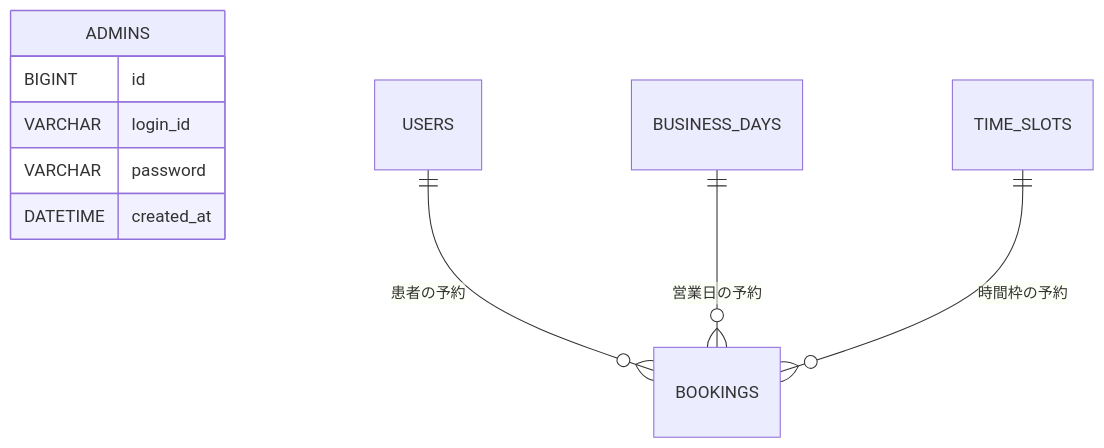
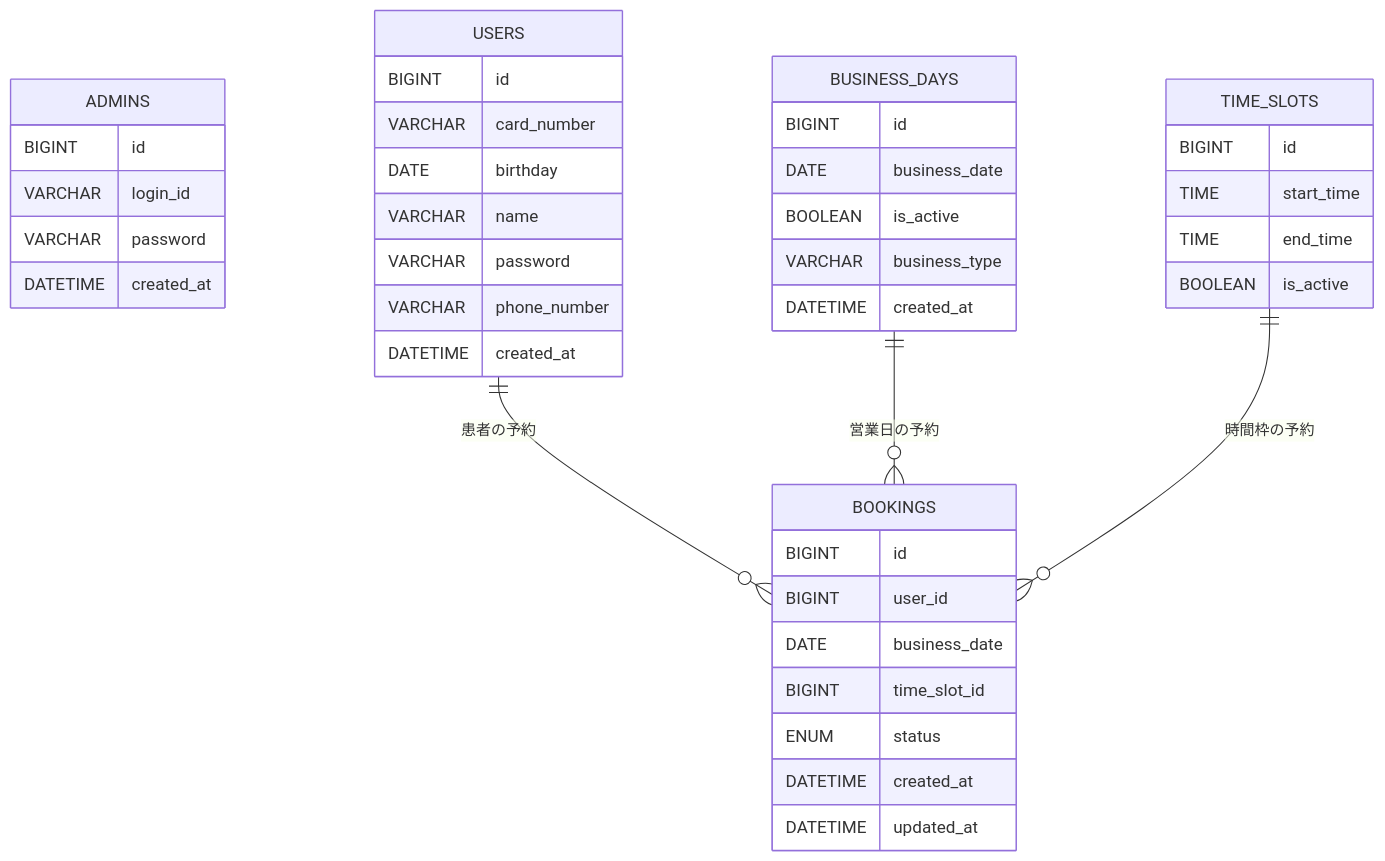
The diagram in README.md (yshtis/ClinicAppointmentSystem), drawn with Mermaid before and after one commit.

Commit message:
Update README.md
ER図のカラムを追記

````diff
--- a/README.md
+++ b/README.md
@@ -88,12 +88,44 @@
 ```mermaid
 erDiagram
     ADMINS {
         BIGINT id
         VARCHAR login_id
         VARCHAR password
         DATETIME created_at
     }
+    USERS {
+        BIGINT id
+        VARCHAR card_number
+        DATE birthday
+        VARCHAR name
+        VARCHAR password
+        VARCHAR phone_number
+        DATETIME created_at
+    }
+    BUSINESS_DAYS {
+        BIGINT id
+        DATE business_date
+        BOOLEAN is_active
+        VARCHAR business_type
+        DATETIME created_at
+    }
+    TIME_SLOTS {
+        BIGINT id
+        TIME start_time
+        TIME end_time
+        BOOLEAN is_active
+    }
+    BOOKINGS {
+        BIGINT id
+        BIGINT user_id
+        DATE business_date
+        BIGINT time_slot_id
+        ENUM status
+        DATETIME created_at
+        DATETIME updated_at
+    }
+
     USERS ||--o{ BOOKINGS : "患者の予約"
     BUSINESS_DAYS ||--o{ BOOKINGS : "営業日の予約"
     TIME_SLOTS ||--o{ BOOKINGS : "時間枠の予約"
 ```
````
